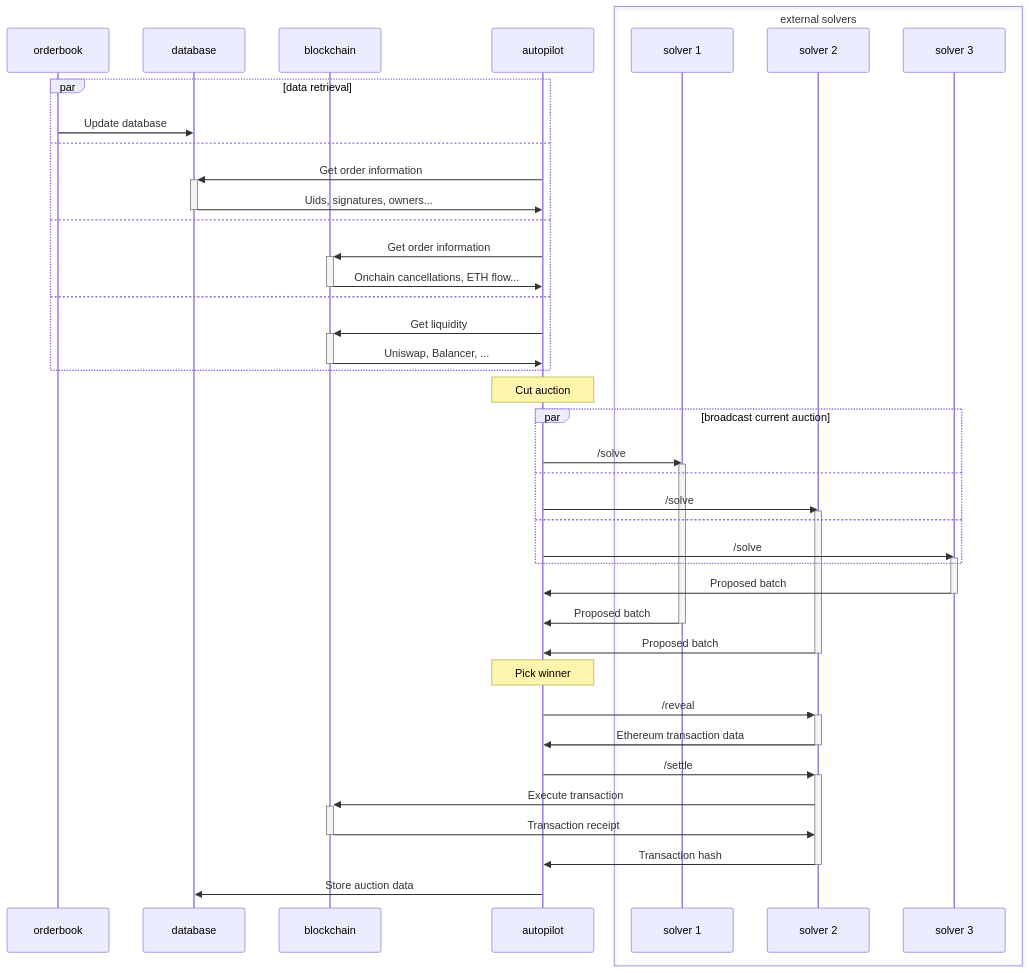
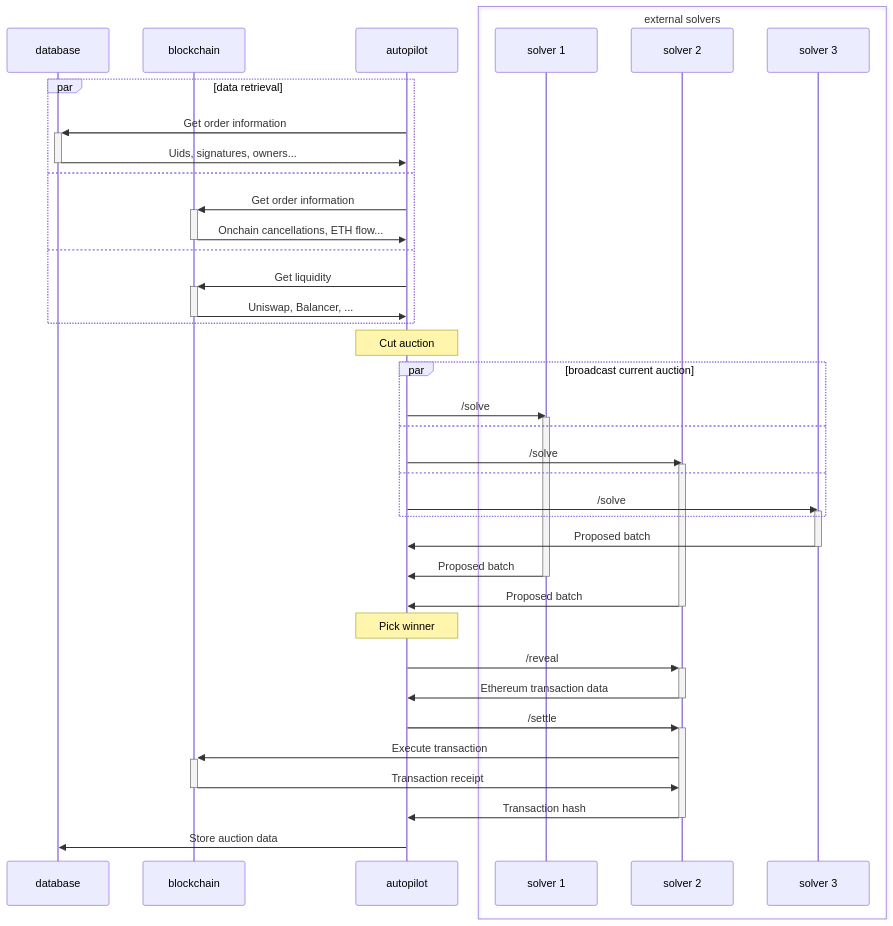
The diagram in docs/cow-protocol/tutorials/arbitrate/autopilot.md (cowprotocol/docs), drawn with Mermaid before and after one commit.

Commit message:
Remove orderbook from diagram

````diff
--- a/docs/cow-protocol/tutorials/arbitrate/autopilot.md
+++ b/docs/cow-protocol/tutorials/arbitrate/autopilot.md
@@ -23,55 +23,51 @@
 ```mermaid
 sequenceDiagram
-    participant orderbook
     participant database
     participant blockchain
     participant autopilot
     box external solvers
       participant solver 1
       participant solver 2
       participant solver 3
     end
 
     par data retrieval
-      # database orders
-      orderbook->>database: Update database
-    and
       autopilot->>+database: Get order information
       database->>-autopilot: Uids, signatures, owners...
     and
       autopilot->>+blockchain: Get order information
       blockchain->>-autopilot: Onchain cancellations, ETH flow...
     and
       autopilot->>+blockchain: Get liquidity
       blockchain->>-autopilot: Uniswap, Balancer, ...
     end
 
     # auction
     Note over autopilot: Cut auction
     par broadcast current auction
       autopilot->>solver 1: /solve
       activate solver 1
     and
       autopilot->>solver 2: /solve
       activate solver 2
     and
       autopilot->>solver 3: /solve
       activate solver 3
     end
     solver 3->>autopilot: Proposed batch
     deactivate solver 3
     solver 1->>autopilot: Proposed batch
     deactivate solver 1
     solver 2->>autopilot: Proposed batch
     deactivate solver 2
 
     Note over autopilot: Pick winner
     autopilot->>+solver 2: /reveal
     solver 2->>-autopilot: Ethereum transaction data
     autopilot->>+solver 2: /settle
     solver 2->>+blockchain: Execute transaction
     blockchain->>-solver 2: Transaction receipt
     solver 2->>-autopilot: Transaction hash
 
     autopilot->>database: Store auction data
 ```
````
